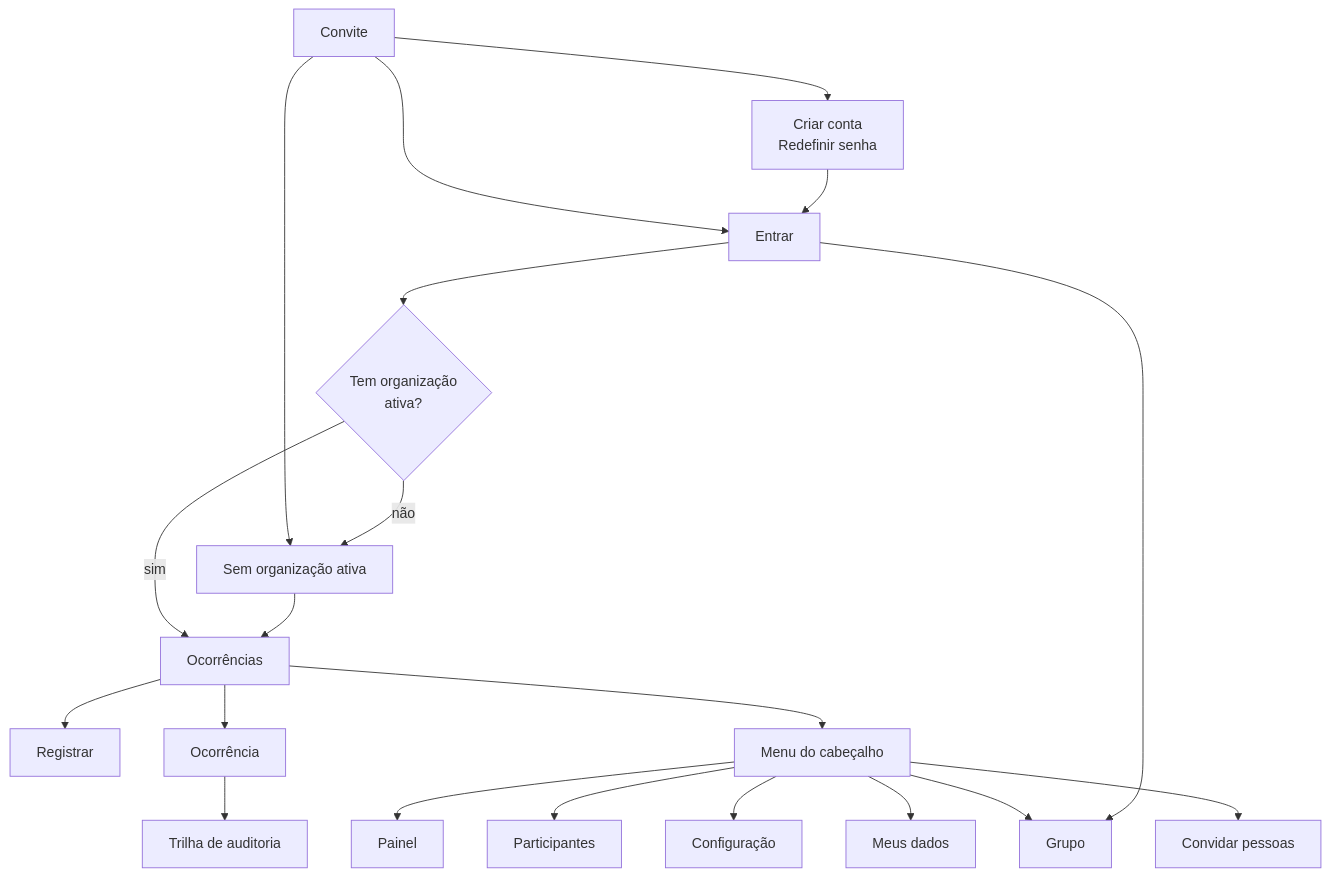
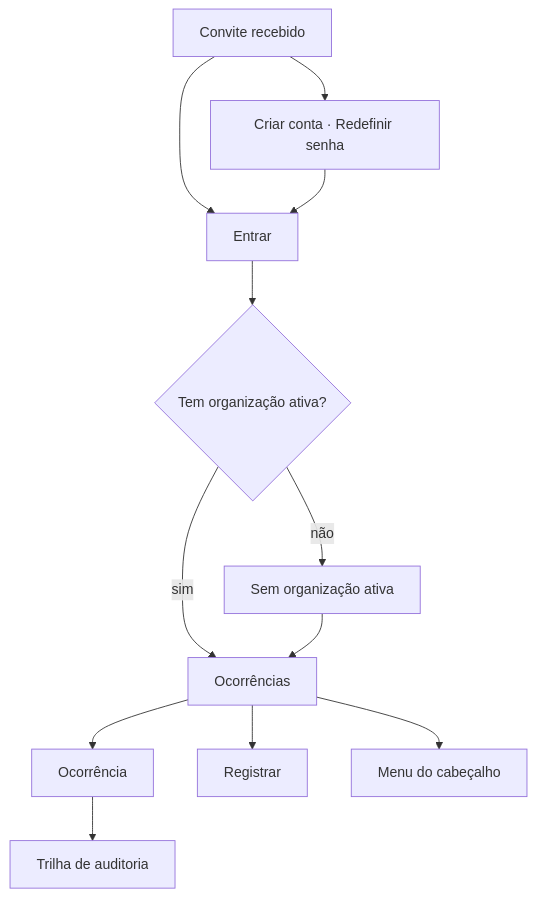
Before and after one commit to natanjunior/8FSDT-Hackathon: the diagram in docs/telas.md, drawn with Mermaid. The commit also changed other lines of this file and 9 other files, not shown here.

````diff
--- a/docs/telas.md
+++ b/docs/telas.md
@@ -41,39 +41,25 @@
 ```mermaid
 flowchart TB
-    CONTA["Criar conta<br/>Redefinir senha"]
+    CONVITE["Convite recebido"]
+    CONTA["Criar conta · Redefinir senha"]
     ENTRAR["Entrar"]
-    CTX{"Tem organização<br/>ativa?"}
+    CTX{"Tem organização ativa?"}
     ORG["Sem organização ativa"]
     LISTA["Ocorrências"]
+    DETALHE["Ocorrência"]
     NOVA["Registrar"]
-    DETALHE["Ocorrência"]
     TRILHA["Trilha de auditoria"]
     MENU["Menu do cabeçalho"]
-    PAINEL["Painel"]
-    GENTE["Participantes"]
-    CONFIG["Configuração"]
-    MEUS["Meus dados"]
-    GRUPO["Grupo"]
-    CONVITE["Convite"]
-    CONVIDAR["Convidar pessoas"]
 
+    CONVITE --> CONTA
+    CONVITE --> ENTRAR
     CONTA --> ENTRAR
     ENTRAR --> CTX
     CTX -->|não| ORG
+    CTX -->|sim| LISTA
     ORG --> LISTA
-    CTX -->|sim| LISTA
     LISTA --> NOVA
     LISTA --> DETALHE
+    LISTA --> MENU
     DETALHE --> TRILHA
-    LISTA --> MENU
-    MENU --> PAINEL
-    MENU --> GENTE
-    MENU --> CONFIG
-    MENU --> MEUS
-    ENTRAR --> GRUPO
-    MENU --> GRUPO
-    CONVITE --> CONTA
-    CONVITE --> ENTRAR
-    CONVITE --> ORG
-    MENU --> CONVIDAR
 ```
````
